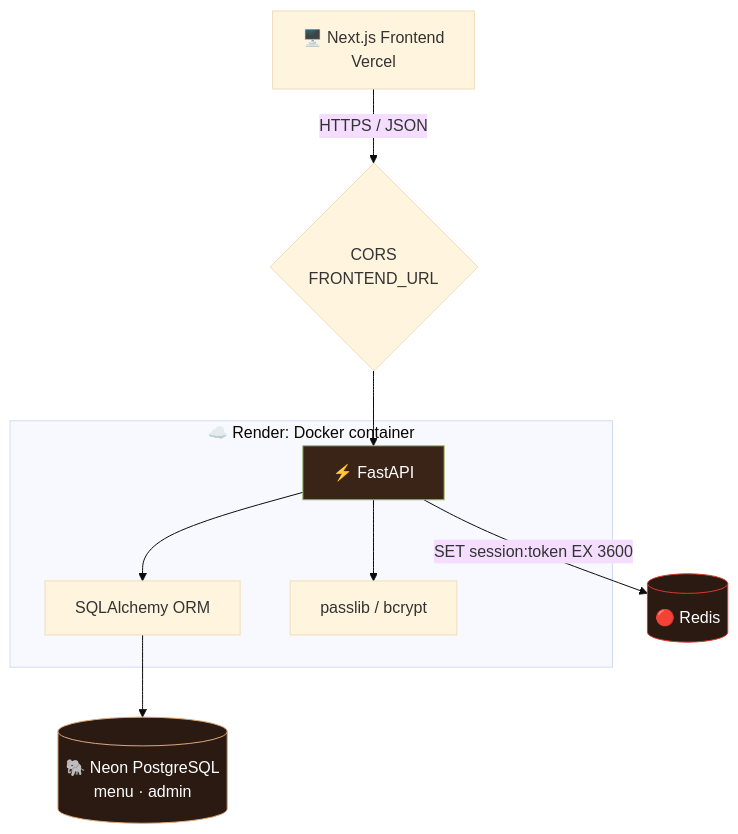
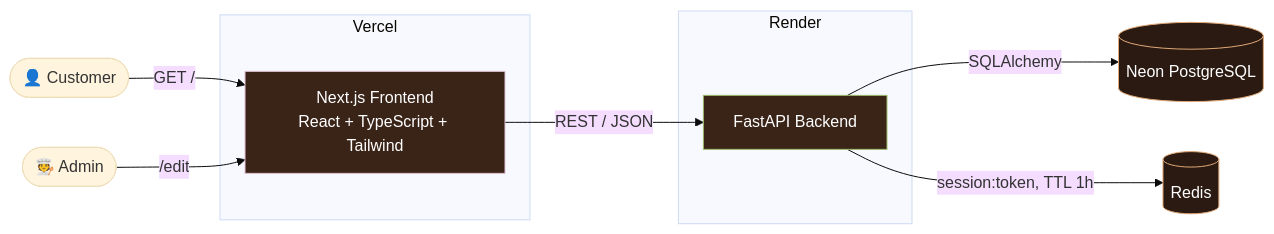
One commit to Omar404X0/Menu-Frontend changed the first of 2 diagrams in README.md. Above: the diagram before and after it, drawn with Mermaid (base theme). The commit also changed other lines of this file, not shown here.

````diff
--- a/README.md
+++ b/README.md
@@ -91,18 +151,22 @@
 ```mermaid
-flowchart TB
-    FE[🖥️ Next.js Frontend<br/>Vercel] -- HTTPS / JSON --> CORS{CORS<br/>FRONTEND_URL}
-    CORS --> API
+flowchart LR
+    U([👤 Customer]) -->|GET /| FE
+    A([🧑‍🍳 Admin]) -->|/edit| FE
 
-    subgraph Render["☁️ Render: Docker container"]
-      API[⚡ FastAPI]
-      API --> ORM[SQLAlchemy ORM]
-      API --> PW[passlib / bcrypt]
+    subgraph Vercel
+      FE[Next.js Frontend<br/>React + TypeScript + Tailwind]
     end
 
-    ORM --> DB[(🐘 Neon PostgreSQL<br/>menu · admin)]
-    API -- "SET session:token EX 3600" --> R[(🔴 Redis)]
+    subgraph Render
+      API[FastAPI Backend]
+    end
 
+    FE -->|REST / JSON| API
+    API -->|SQLAlchemy| DB[(Neon PostgreSQL)]
+    API -->|session:token, TTL 1h| R[(Redis)]
+
+    style FE fill:#3a2418,stroke:#dfc1d3,color:#fff
     style API fill:#3a2418,stroke:#9dbb6b,color:#fff
     style DB fill:#2a1a12,stroke:#e0a878,color:#fff
-    style R fill:#2a1a12,stroke:#dc382d,color:#fff
+    style R fill:#2a1a12,stroke:#e0a878,color:#fff
 ```
````
